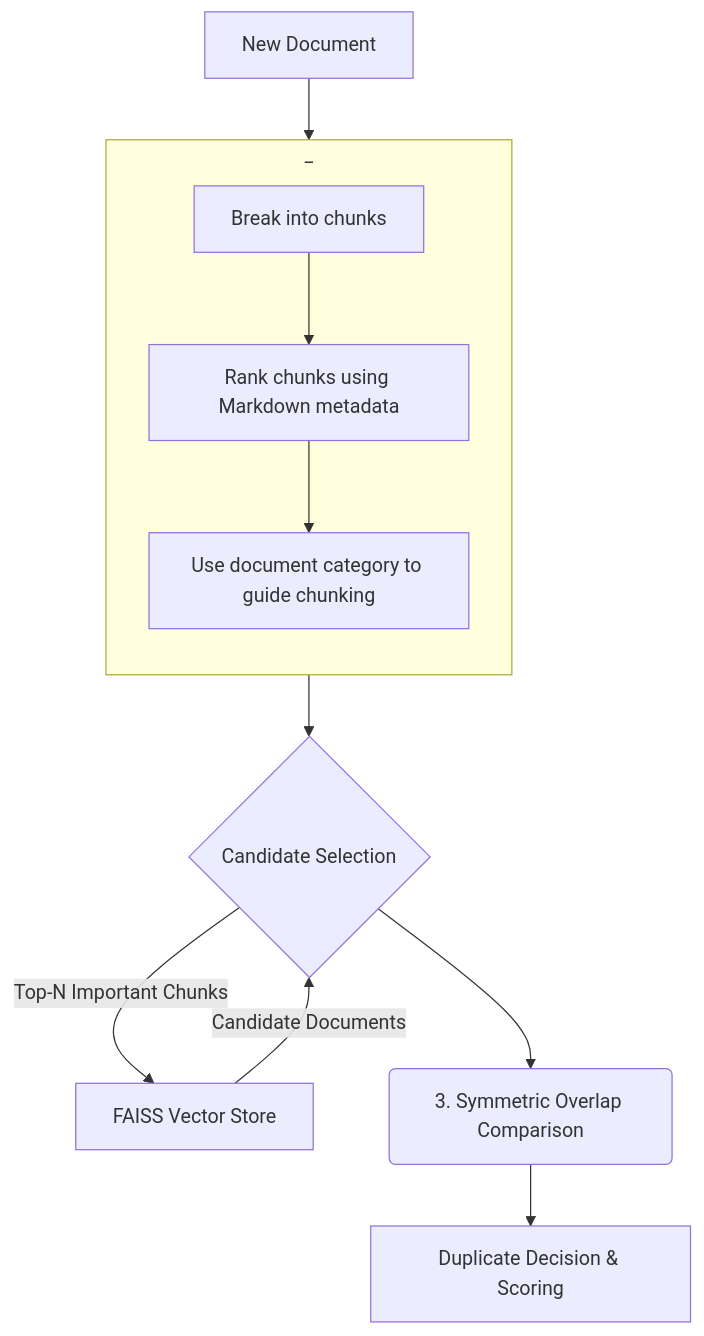
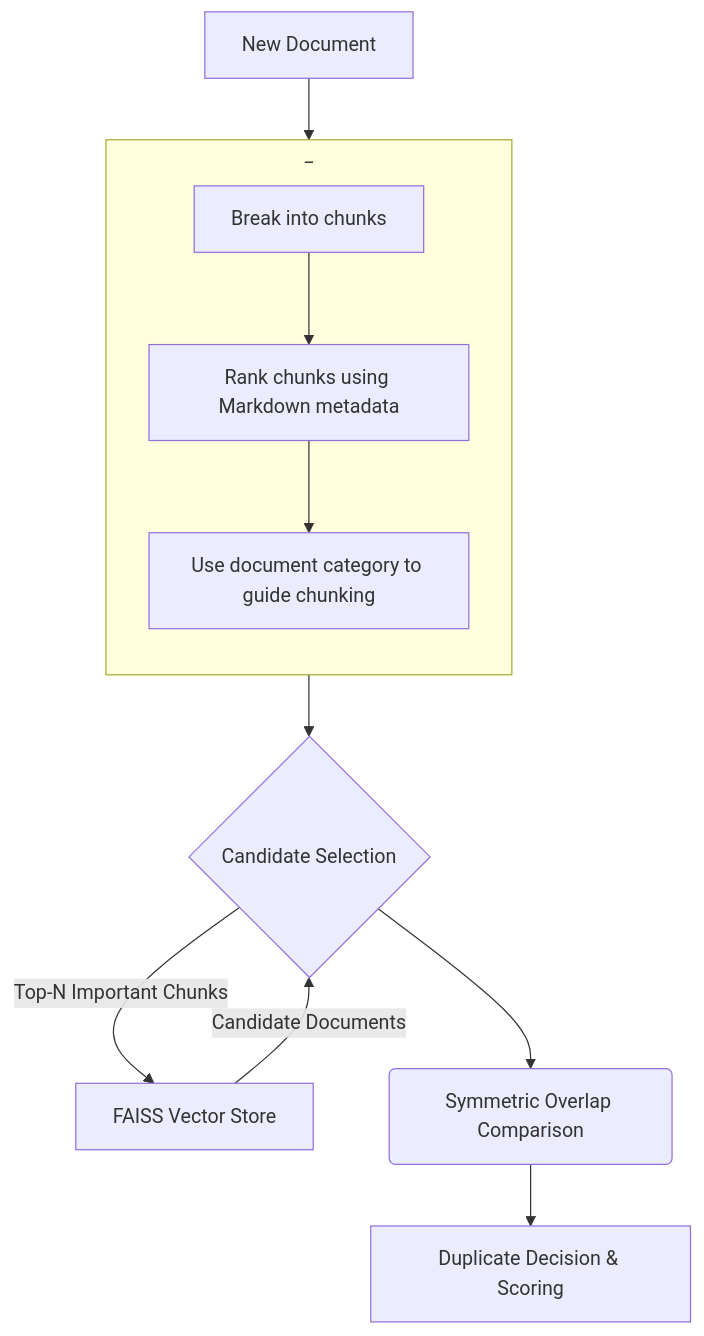
The diagram in README.md (hfahrudin/doc_dup_det), drawn with Mermaid before and after one commit.

````diff
--- a/README.md
+++ b/README.md
@@ -22,21 +22,21 @@
 ```mermaid
 graph TD
     A[New Document] --> B1;
     
     %% Give the subgraph a unique ID (GroupB) and a Label in brackets
     subgraph GroupB [_]
         direction TB
         B1[Break into chunks]
         B2[Rank chunks using Markdown metadata]
         B3[Use document category to guide chunking]
     end
     
     %% Connect the nodes inside to the next step
     B1 --> B2 --> B3
     B3 --> C{Candidate Selection};
     
     C --> |Top-N Important Chunks| D[FAISS Vector Store];
     D --> |Candidate Documents| C;
-    C --> E(3. Symmetric Overlap Comparison);
+    C --> E(Symmetric Overlap Comparison);
     E --> F[Duplicate Decision & Scoring];
 ```
````
